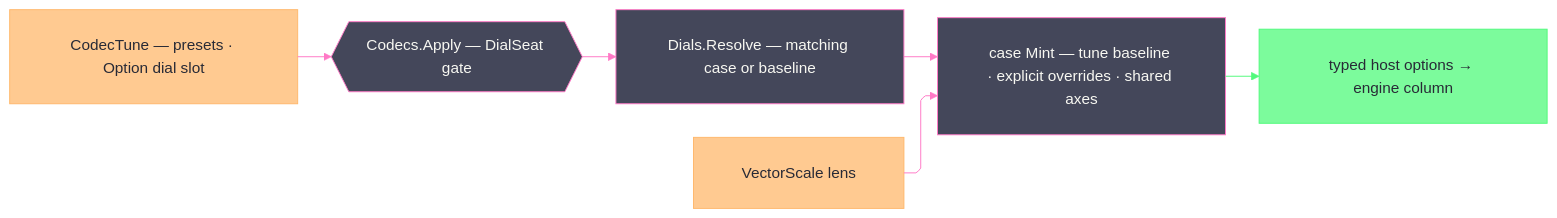
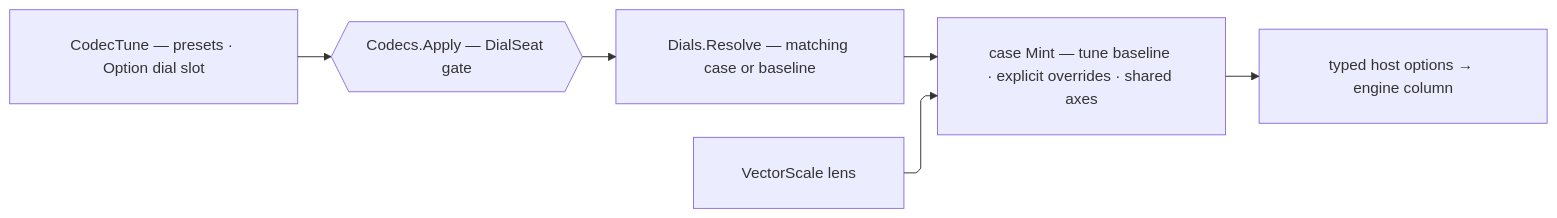
Before and after one commit to bsamiee/Rasm: the diagram in libs/csharp/Rasm.Rhino/.planning/Exchange/options.md, drawn with Mermaid. The commit also changed 324 other files, not shown here.

````diff
--- a/libs/csharp/Rasm.Rhino/.planning/Exchange/options.md
+++ b/libs/csharp/Rasm.Rhino/.planning/Exchange/options.md
@@ -1062,40 +1062,17 @@
 ```mermaid
 ---
 config:
-  theme: base
-  look: classic
   layout: elk
   flowchart:
     curve: linear
     padding: 25
-  themeVariables:
-    darkMode: true
-    fontFamily: "SF Mono, Menlo, Cascadia Mono, Segoe UI Mono, Consolas, monospace"
-    useGradient: false
-    dropShadow: "none"
-    background: "#282A36"
-    primaryColor: "#44475A"
-    primaryTextColor: "#F8F8F2"
-    primaryBorderColor: "#BD93F9"
-    lineColor: "#FF79C6"
-    textColor: "#F8F8F2"
-    edgeLabelBackground: "#21222C"
-    labelBackgroundColor: "#21222C"
-  themeCSS: ".nodeLabel{font-size:13px;font-weight:500}.edgeLabel{font-size:12px;font-weight:500}.cluster-label .nodeLabel{font-size:13.5px;font-weight:700;letter-spacing:.08em}.edge-thickness-normal{stroke-width:2px}.edge-thickness-thick{stroke-width:3px}.edge-pattern-dashed,.edge-pattern-dotted{stroke-width:1.5px;stroke-dasharray:4 6}.node rect,.node circle,.node polygon,.node path,.node .outer-path{stroke-width:1.5px;filter:none!important}.cluster rect{stroke-width:1px!important;stroke-dasharray:5 4!important;filter:none!important}.marker path{transform:scale(.8);transform-origin:5px 5px}.marker circle{transform:scale(.48);transform-origin:5px 5px}.edgeLabel rect{transform-box:fill-box;transform-origin:center;transform:scale(1.1,1.2)}"
 ---
 flowchart LR
     accTitle: Dial resolution and host option minting
     accDescr: A tune with its optional dial slot passes the seat gate, resolves to the matching or default dial case, mints the typed host options over the tune baseline, and composes the vector scale lens before the engine column consumes the result.
     Tune["CodecTune — presets · Option dial slot"] --> Gate{{"Codecs.Apply — DialSeat gate"}}
     Gate --> Resolve["Dials.Resolve — matching case or baseline"]
     Resolve --> Mint["case Mint — tune baseline · explicit overrides · shared axes"]
     Scale["VectorScale lens"] --> Mint
     Mint --> Host["typed host options → engine column"]
-    linkStyle 4 stroke:#50FA7B,color:#F8F8F2
-    classDef primary fill:#44475A,stroke:#FF79C6,color:#F8F8F2
-    classDef success fill:#50FA7BBF,stroke:#50FA7B,color:#282A36
-    classDef data fill:#FFB86CBF,stroke:#FFB86C,color:#282A36
-    class Gate,Resolve,Mint primary
-    class Host success
-    class Tune,Scale data
 ```
````
